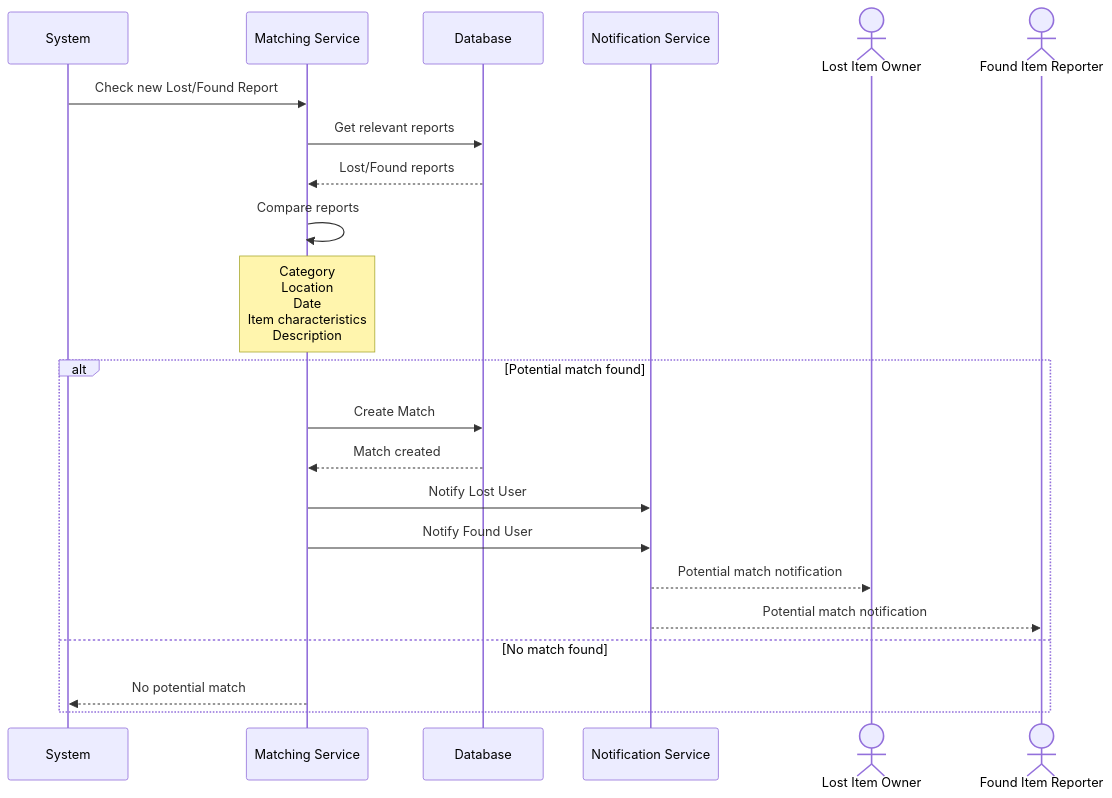
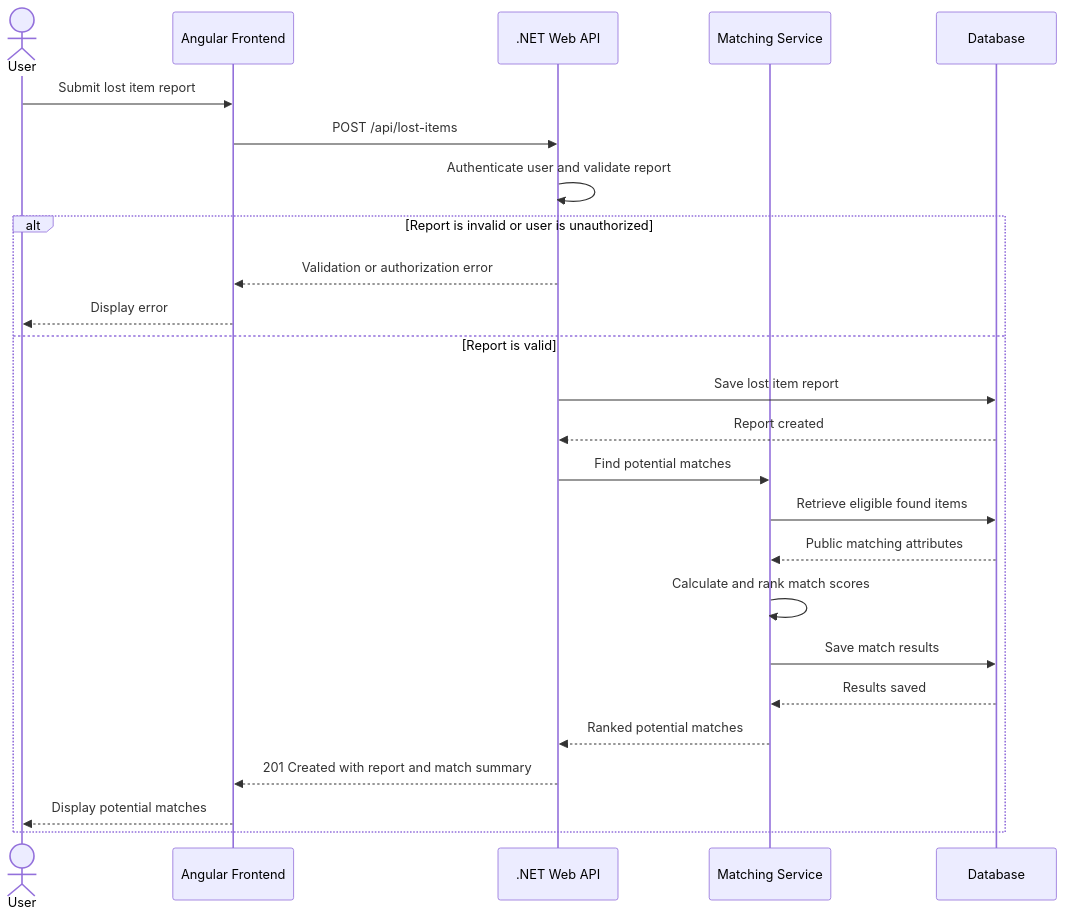
Before and after one commit to RahmaAmeen0/lost-and-found-platform: the fifth of 8 diagrams in docs/sequence-diagrams.md, drawn with Mermaid. The commit also changed other lines of this file, not shown here.

````diff
--- a/docs/sequence-diagrams.md
+++ b/docs/sequence-diagrams.md
@@ -140,30 +148,29 @@
 ```mermaid
 sequenceDiagram
-    participant System
+    actor Reporter as User
+    participant Frontend as Angular Frontend
+    participant API as .NET Web API
     participant Matching as Matching Service
-    participant Database
-    participant Notification as Notification Service
-    actor LostUser as Lost Item Owner
-    actor FoundUser as Found Item Reporter
+    participant DB as Database
 
-    System->>Matching: Check new Lost/Found Report
+    Reporter->>Frontend: Submit lost item report
+    Frontend->>API: POST /api/lost-items
+    API->>API: Authenticate user and validate report
 
-    Matching->>Database: Get relevant reports
-    Database-->>Matching: Lost/Found reports
-
-    Matching->>Matching: Compare reports
-    Note over Matching: Category<br/>Location<br/>Date<br/>Item characteristics<br/>Description
-
-    alt Potential match found
-        Matching->>Database: Create Match
-        Database-->>Matching: Match created
-
-        Matching->>Notification: Notify Lost User
-        Matching->>Notification: Notify Found User
-
-        Notification-->>LostUser: Potential match notification
-        Notification-->>FoundUser: Potential match notification
-    else No match found
-        Matching-->>System: No potential match
+    alt Report is invalid or user is unauthorized
+        API-->>Frontend: Validation or authorization error
+        Frontend-->>Reporter: Display error
+    else Report is valid
+        API->>DB: Save lost item report
+        DB-->>API: Report created
+        API->>Matching: Find potential matches
+        Matching->>DB: Retrieve eligible found items
+        DB-->>Matching: Public matching attributes
+        Matching->>Matching: Calculate and rank match scores
+        Matching->>DB: Save match results
+        DB-->>Matching: Results saved
+        Matching-->>API: Ranked potential matches
+        API-->>Frontend: 201 Created with report and match summary
+        Frontend-->>Reporter: Display potential matches
     end
 ```
````
